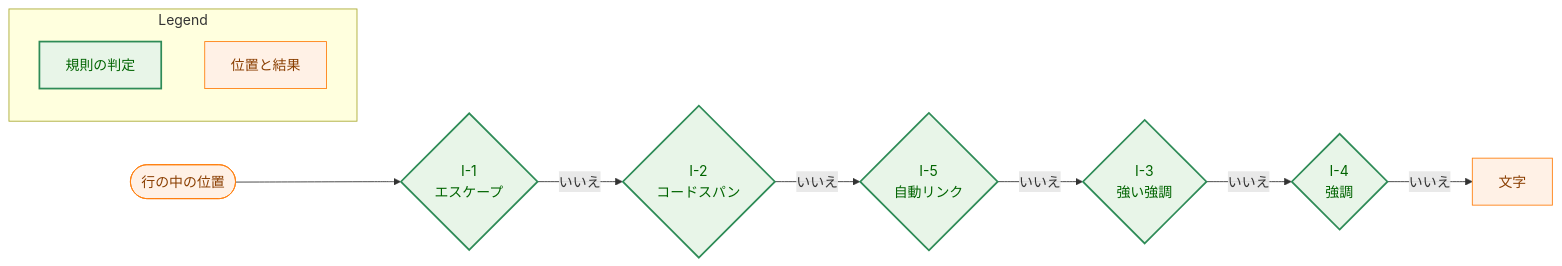
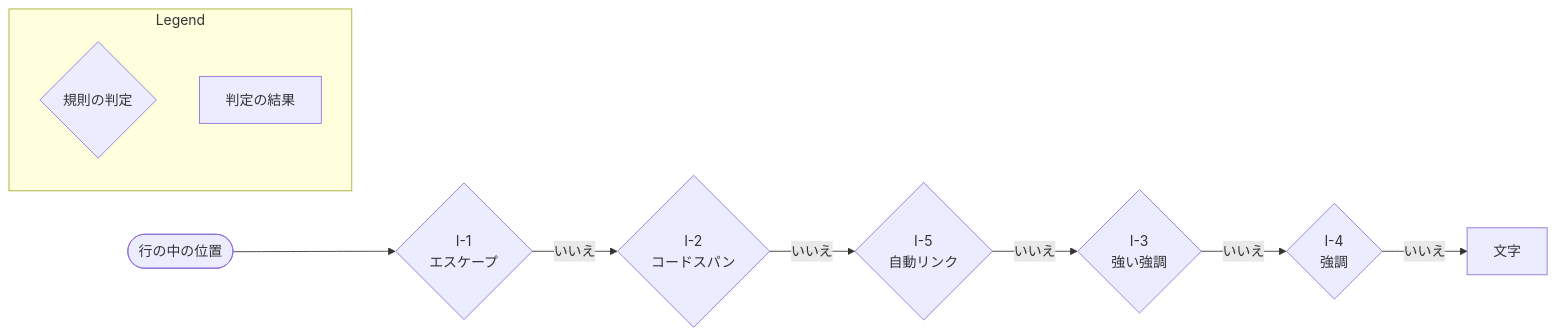
One commit to isseis/yt2column changed the seventh of 7 diagrams in docs/tasks/0063_viewer_markdown/02_architecture.md. Above: the diagram before and after it, drawn with Mermaid. The commit also changed other lines of this file, not shown here.

First line of the commit message:
docs(0063): address review findings on the viewer Markdown architecture

````diff
--- a/docs/tasks/0063_viewer_markdown/02_architecture.md
+++ b/docs/tasks/0063_viewer_markdown/02_architecture.md
@@ -539,25 +598,17 @@
 ```mermaid
 flowchart LR
-    classDef process fill:#fff1e6,stroke:#ff7f0e,stroke-width:1px,color:#8a3e00;
-    classDef enhanced fill:#e8f5e8,stroke:#2e8b57,stroke-width:2px,color:#006400;
-
     POS(["行の中の位置"])
     I1{"I-1<br>エスケープ"}
     I2{"I-2<br>コードスパン"}
     I5{"I-5<br>自動リンク"}
     I3{"I-3<br>強い強調"}
     I4{"I-4<br>強調"}
     TXT["文字"]
 
     POS --> I1 -->|"いいえ"| I2 -->|"いいえ"| I5 -->|"いいえ"| I3 -->|"いいえ"| I4 -->|"いいえ"| TXT
 
-    class I1,I2,I5,I3,I4 enhanced
-    class POS,TXT process
-
     subgraph Legend["Legend"]
-        L1["規則の判定"]
-        L2["位置と結果"]
+        L1{"規則の判定"}
+        L2["判定の結果"]
     end
-    class L1 enhanced
-    class L2 process
 ```
````
